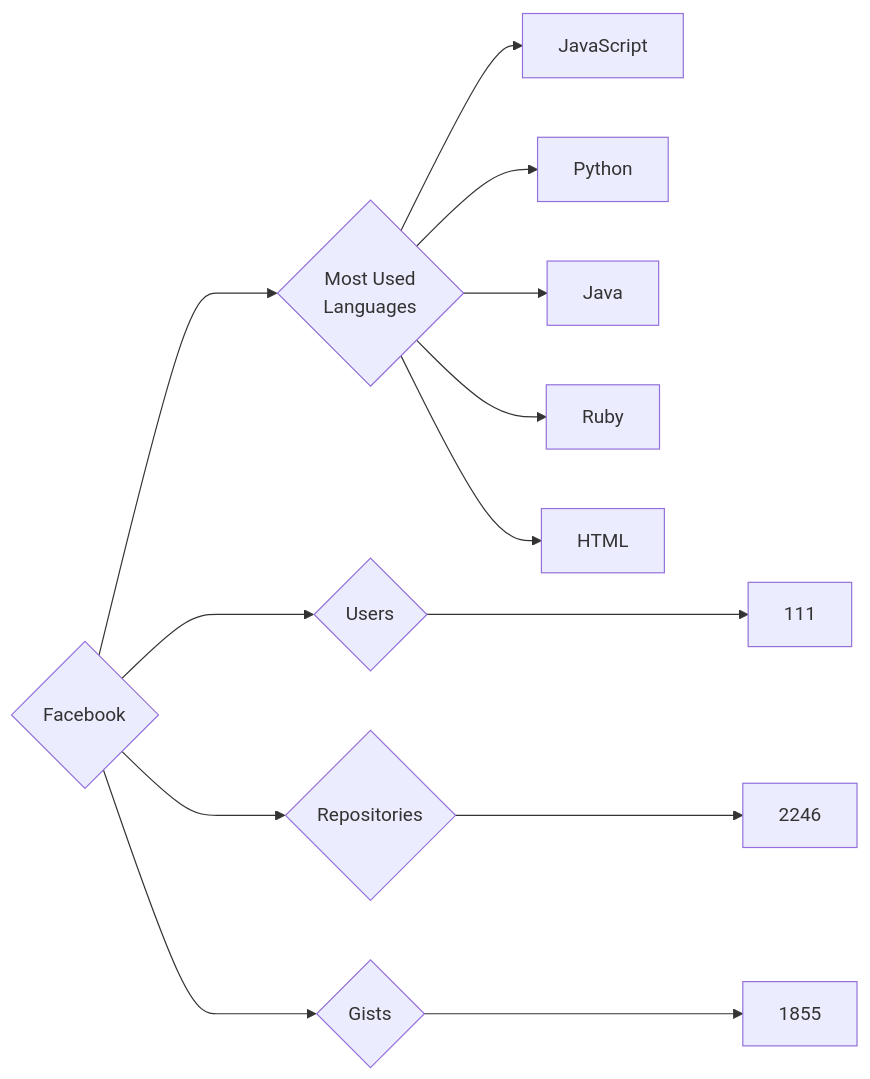
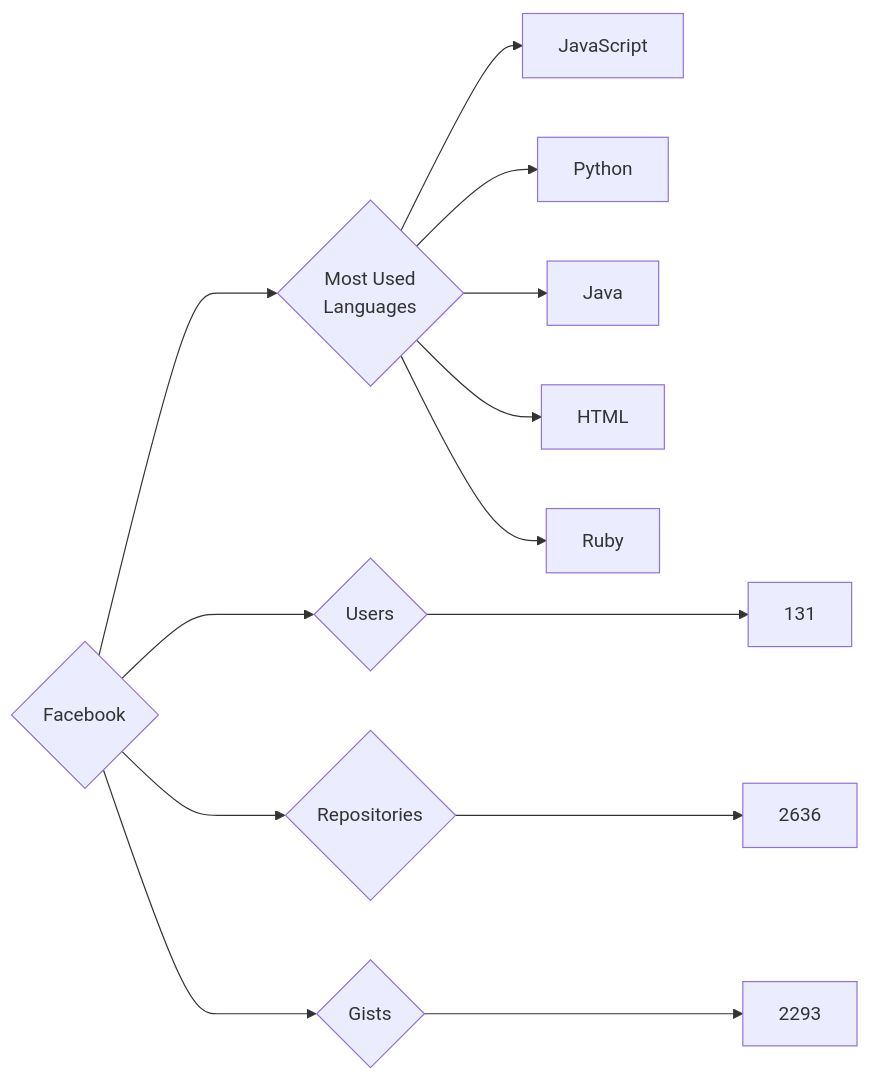
Before and after one commit to trickest/insiders: the diagram in targets/Facebook/README.md, drawn with Mermaid. The commit also changed 721 other files, not shown here.

````diff
--- a/targets/Facebook/README.md
+++ b/targets/Facebook/README.md
@@ -3,13 +3,13 @@
 ```mermaid
 graph LR
 COMPANY_NAME{Facebook}
-COMPANY_NAME ---> U{Users} ---> UN[111]
-COMPANY_NAME ---> R{Repositories} ---> RN[2246]
-COMPANY_NAME ---> G{Gists} ---> GN[1855]
+COMPANY_NAME ---> U{Users} ---> UN[131]
+COMPANY_NAME ---> R{Repositories} ---> RN[2636]
+COMPANY_NAME ---> G{Gists} ---> GN[2293]
 COMPANY_NAME ---> ML{Most Used<br>Languages}
 ML --> JavaScript[JavaScript]
 ML --> Python[Python]
 ML --> Java[Java]
+ML --> HTML[HTML]
 ML --> Ruby[Ruby]
-ML --> HTML[HTML]
 ```
````
